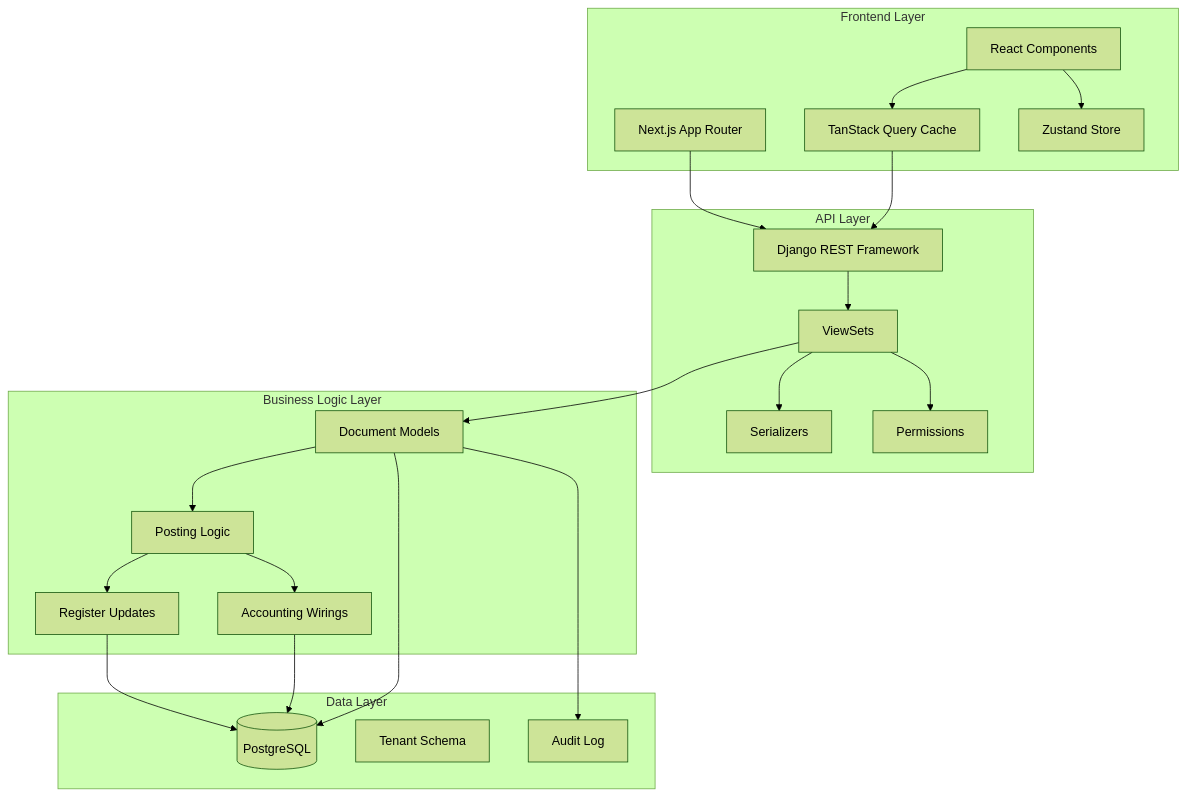
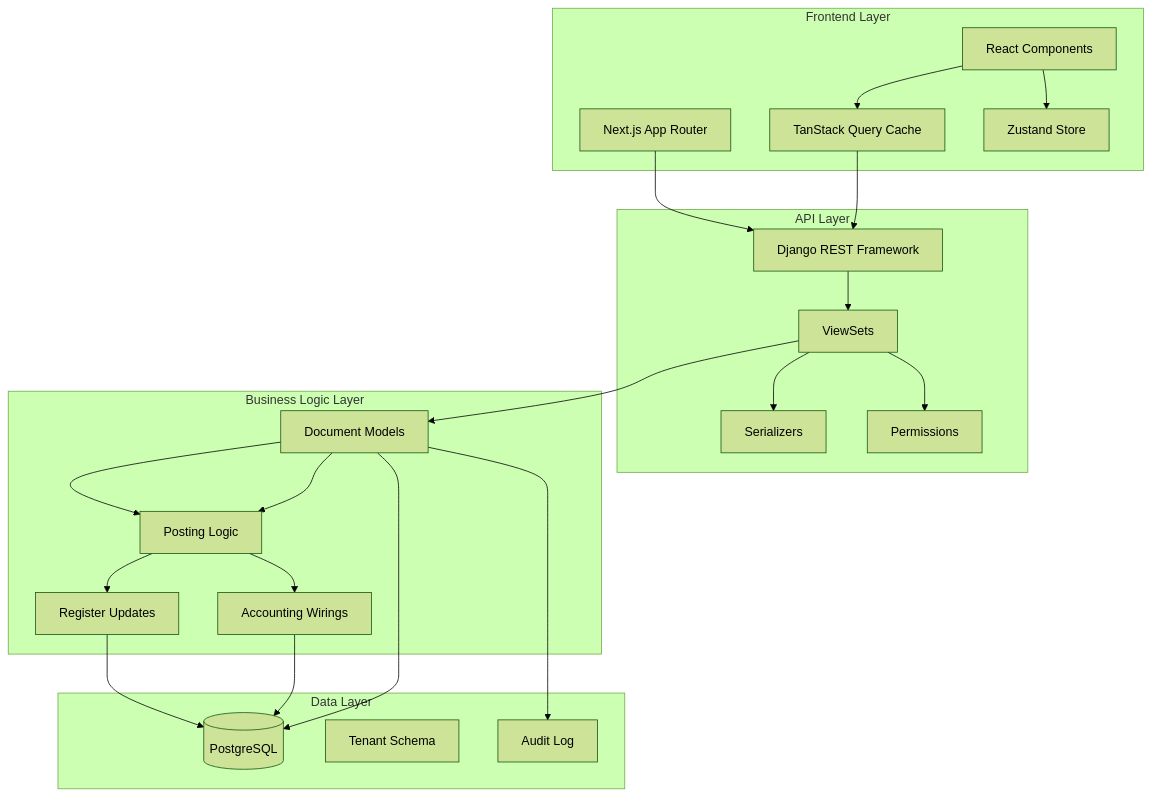
Before and after one commit to baxr1lloev/1c_clone: the diagram in COMPLETE_TECHNICAL_DOCUMENTATION.md, drawn with Mermaid (forest theme). The commit also changed other lines of this file and 87 other files, not shown here.

````diff
--- a/COMPLETE_TECHNICAL_DOCUMENTATION.md
+++ b/COMPLETE_TECHNICAL_DOCUMENTATION.md
@@ -134,45 +137,46 @@
 ```mermaid
 graph TB
     subgraph "Frontend Layer"
         A[Next.js App Router]
         B[React Components]
         C[TanStack Query Cache]
         D[Zustand Store]
     end
     
     subgraph "API Layer"
         E[Django REST Framework]
         F[ViewSets]
         G[Serializers]
         H[Permissions]
     end
     
     subgraph "Business Logic Layer"
         I[Document Models]
         J[Posting Logic]
         K[Register Updates]
         L[Accounting Wirings]
     end
     
     subgraph "Data Layer"
         M[(PostgreSQL)]
         N[Tenant Schema]
         O[Audit Log]
     end
     
     A --> E
     B --> C
     C --> E
     B --> D
     E --> F
     F --> G
     F --> H
     F --> I
     I --> J
+    I --> J
     J --> K
     J --> L
     K --> M
     L --> M
     I --> M
     I --> O
 ```
````
